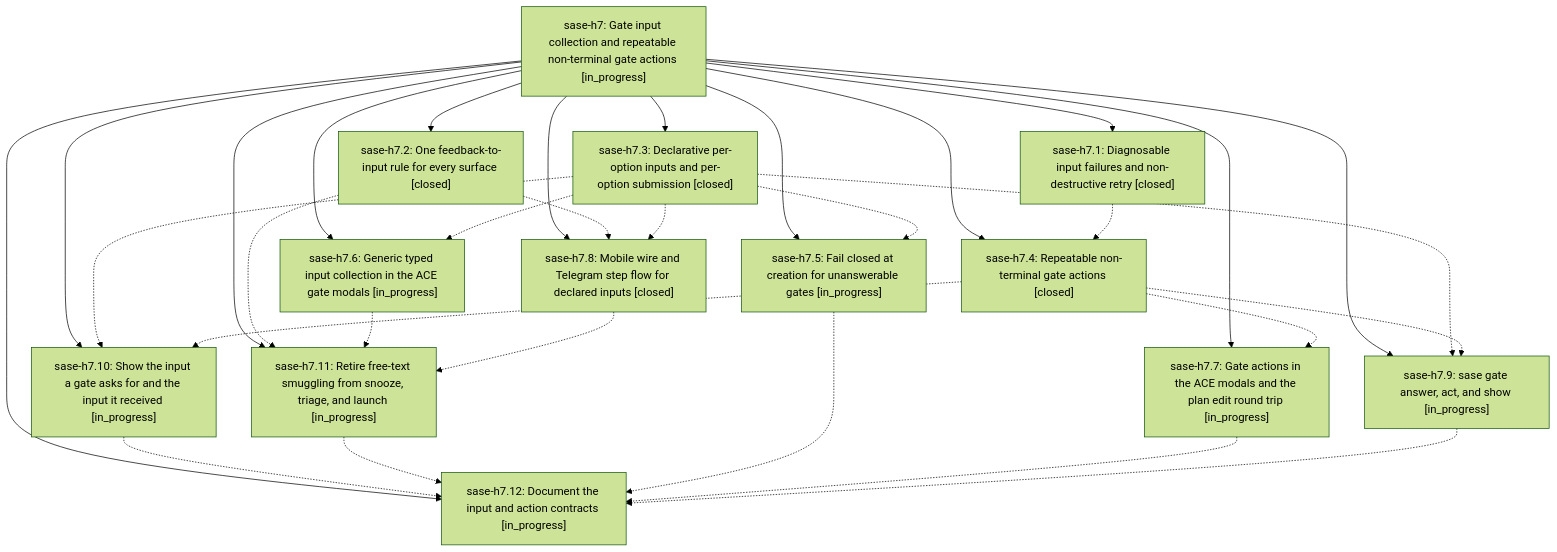
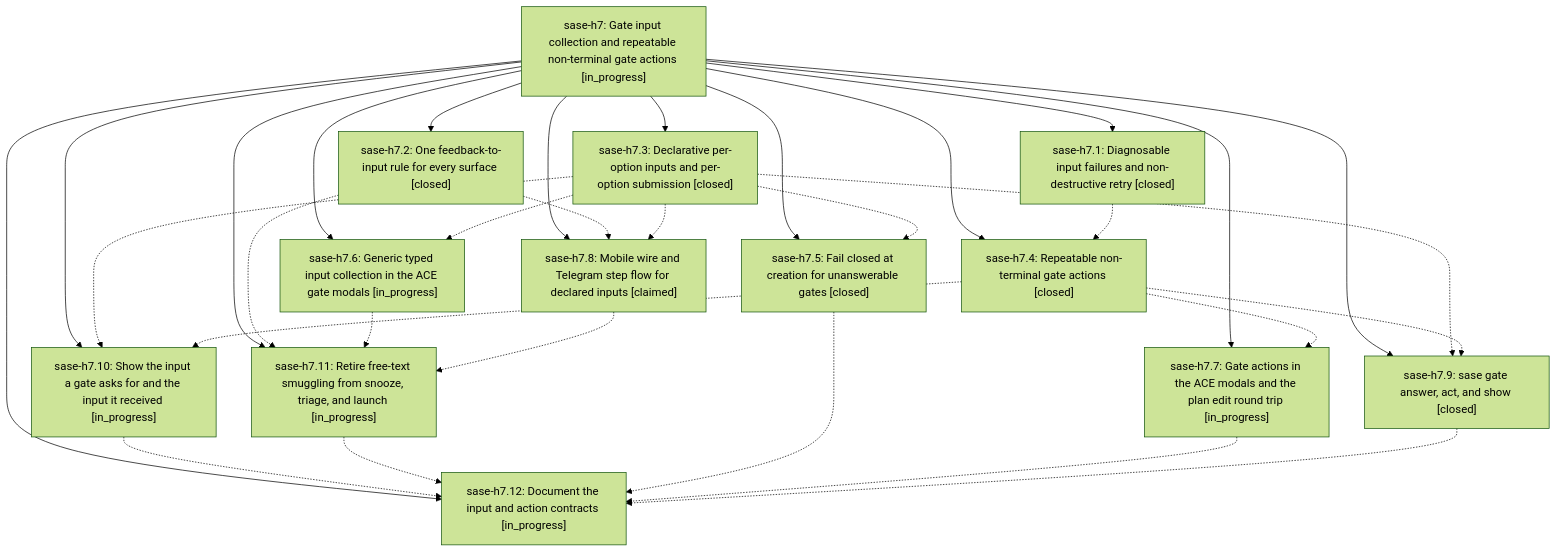
One commit to sase-org/sase--beads changed the diagram in pages/sase-h7/README.md. Above: the diagram before and after it, drawn with Mermaid (forest theme). The commit also changed other lines of this file and 9 other files, not shown here.

````diff
--- a/pages/sase-h7/README.md
+++ b/pages/sase-h7/README.md
@@ -37,46 +37,46 @@
 ```mermaid
 flowchart TD
     n0["sase-h7: Gate input collection and repeatable non-terminal gate actions [in_progress]"]
     n1["sase-h7.1: Diagnosable input failures and non-destructive retry [closed]"]
     n2["sase-h7.10: Show the input a gate asks for and the input it received [in_progress]"]
     n3["sase-h7.11: Retire free-text smuggling from snooze, triage, and launch [in_progress]"]
     n4["sase-h7.12: Document the input and action contracts [in_progress]"]
     n5["sase-h7.2: One feedback-to-input rule for every surface [closed]"]
     n6["sase-h7.3: Declarative per-option inputs and per-option submission [closed]"]
     n7["sase-h7.4: Repeatable non-terminal gate actions [closed]"]
-    n8["sase-h7.5: Fail closed at creation for unanswerable gates [in_progress]"]
+    n8["sase-h7.5: Fail closed at creation for unanswerable gates [closed]"]
     n9["sase-h7.6: Generic typed input collection in the ACE gate modals [in_progress]"]
     n10["sase-h7.7: Gate actions in the ACE modals and the plan edit round trip [in_progress]"]
-    n11["sase-h7.8: Mobile wire and Telegram step flow for declared inputs [closed]"]
-    n12["sase-h7.9: sase gate answer, act, and show [in_progress]"]
+    n11["sase-h7.8: Mobile wire and Telegram step flow for declared inputs [claimed]"]
+    n12["sase-h7.9: sase gate answer, act, and show [closed]"]
     n0 --> n1
     n0 --> n2
     n0 --> n3
     n0 --> n4
     n0 --> n5
     n0 --> n6
     n0 --> n7
     n0 --> n8
     n0 --> n9
     n0 --> n10
     n0 --> n11
     n0 --> n12
     n1 -.-> n7
     n2 -.-> n4
     n3 -.-> n4
     n5 -.-> n3
     n5 -.-> n11
     n6 -.-> n2
     n6 -.-> n8
     n6 -.-> n9
     n6 -.-> n11
     n6 -.-> n12
     n7 -.-> n2
     n7 -.-> n10
     n7 -.-> n12
     n8 -.-> n4
     n9 -.-> n3
     n10 -.-> n4
     n11 -.-> n3
     n12 -.-> n4
 ```
````
